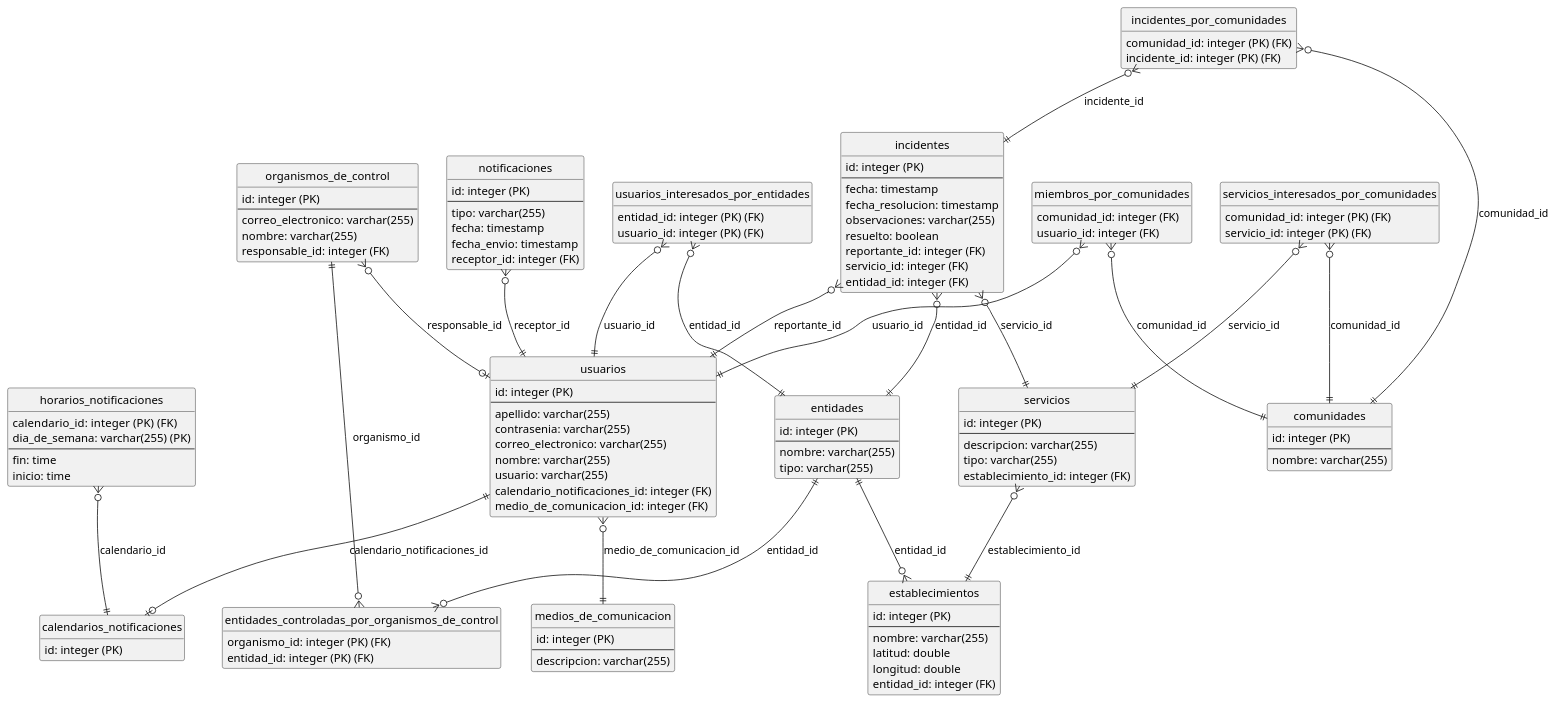
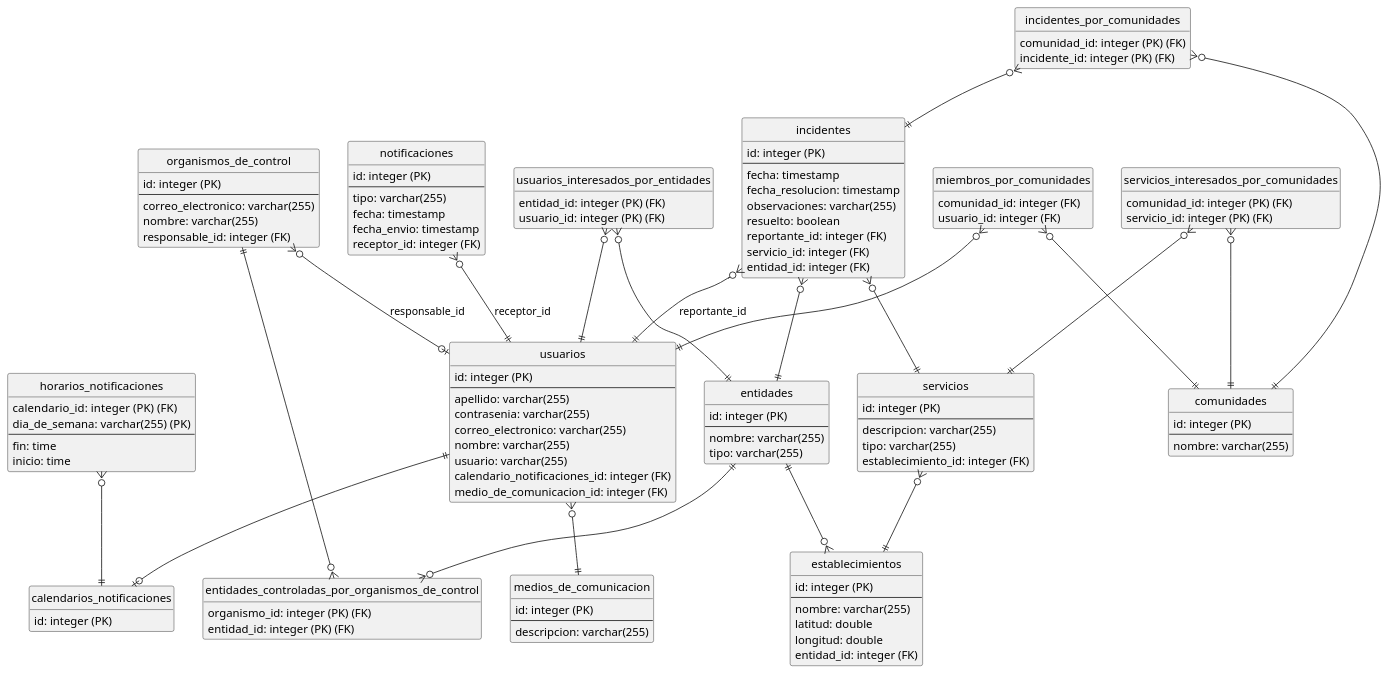
The diagram in docs/entrega-4/DER.puml (ValenAquino/tp-dds-2023), drawn with PlantUML before and after one commit. The commit also changed 1 other file, not shown here.

```diff
--- a/docs/entrega-4/DER.puml
+++ b/docs/entrega-4/DER.puml
@@ -1,141 +1,141 @@
 @startuml
 
 hide circle
 hide empty members
 
 ENTITY calendarios_notificaciones {
   id: integer (PK)
 }
 
 ENTITY comunidades {
   id: integer (PK)
   --
   nombre: varchar(255)
 }
 
 ENTITY entidades {
   id: integer (PK)
   --
   nombre: varchar(255)
   tipo: varchar(255)
 }
 
 ENTITY entidades_controladas_por_organismos_de_control {
   organismo_id: integer (PK) (FK)
   entidad_id: integer (PK) (FK)
 }
 
 ENTITY establecimientos {
   id: integer (PK)
   --
   nombre: varchar(255)
   latitud: double
   longitud: double
   entidad_id: integer (FK)
 }
 
 ENTITY horarios_notificaciones {
   calendario_id: integer  (PK) (FK)
   dia_de_semana: varchar(255) (PK)
   --
   fin: time
   inicio: time
 }
 
 ENTITY incidentes {
   id: integer (PK)
   --
   fecha: timestamp
   fecha_resolucion: timestamp
   observaciones: varchar(255)
   resuelto: boolean
   reportante_id: integer (FK)
   servicio_id: integer (FK)
   entidad_id: integer (FK)
 }
 
 ENTITY incidentes_por_comunidades {
   comunidad_id: integer (PK) (FK)
   incidente_id: integer (PK) (FK)
 }
 
 ENTITY medios_de_comunicacion {
   id: integer (PK)
   --
   descripcion: varchar(255)
 }
 
 ENTITY miembros_por_comunidades {
   comunidad_id: integer (FK)
   usuario_id: integer (FK)
 }
 
 ENTITY notificaciones {
   id: integer (PK)
   --
   tipo: varchar(255)
   fecha: timestamp
   fecha_envio: timestamp
   receptor_id: integer (FK)
 }
 
 ENTITY organismos_de_control {
   id: integer (PK)
   --
   correo_electronico: varchar(255)
   nombre: varchar(255)
   responsable_id: integer (FK)
 }
 
 ENTITY servicios {
   id: integer (PK)
   --
   descripcion: varchar(255)
   tipo: varchar(255)
   establecimiento_id: integer (FK)
 }
 
 ENTITY servicios_interesados_por_comunidades {
   comunidad_id: integer (PK) (FK)
   servicio_id: integer (PK) (FK)
 }
 
 ENTITY usuarios {
   id: integer (PK)
   --
   apellido: varchar(255)
   contrasenia: varchar(255)
   correo_electronico: varchar(255)
   nombre: varchar(255)
   usuario: varchar(255)
   calendario_notificaciones_id: integer (FK)
   medio_de_comunicacion_id: integer (FK)
 }
 
 ENTITY usuarios_interesados_por_entidades {
   entidad_id: integer (PK) (FK)
   usuario_id: integer (PK) (FK)
 }
 
-organismos_de_control ||--o{ entidades_controladas_por_organismos_de_control : organismo_id
-entidades ||--o{ entidades_controladas_por_organismos_de_control : entidad_id
-entidades ||--o{ establecimientos : entidad_id
-horarios_notificaciones }o--|| calendarios_notificaciones : calendario_id
+organismos_de_control ||--o{ entidades_controladas_por_organismos_de_control
+entidades ||--o{ entidades_controladas_por_organismos_de_control
+entidades ||--o{ establecimientos
+horarios_notificaciones }o--|| calendarios_notificaciones
 incidentes }o--|| usuarios : reportante_id
-incidentes }o--|| servicios : servicio_id
-incidentes }o--|| entidades : entidad_id
-incidentes_por_comunidades }o--|| comunidades : comunidad_id
-incidentes_por_comunidades }o--|| incidentes : incidente_id
-miembros_por_comunidades }o--|| usuarios : usuario_id
-miembros_por_comunidades }o--|| comunidades : comunidad_id
+incidentes }o--|| servicios
+incidentes }o--|| entidades
+incidentes_por_comunidades }o--|| comunidades
+incidentes_por_comunidades }o--|| incidentes
+miembros_por_comunidades }o--|| usuarios
+miembros_por_comunidades }o--|| comunidades
 notificaciones }o--|| usuarios : receptor_id
 organismos_de_control }o--o| usuarios : responsable_id
-servicios }o--|| establecimientos : establecimiento_id
-servicios_interesados_por_comunidades }o--|| comunidades : comunidad_id
-servicios_interesados_por_comunidades }o--|| servicios : servicio_id
-usuarios ||--o| calendarios_notificaciones : calendario_notificaciones_id
-usuarios }o--|| medios_de_comunicacion : medio_de_comunicacion_id
-usuarios_interesados_por_entidades }o--|| entidades : entidad_id
-usuarios_interesados_por_entidades }o--|| usuarios : usuario_id
+servicios }o--|| establecimientos
+servicios_interesados_por_comunidades }o--|| comunidades
+servicios_interesados_por_comunidades }o--|| servicios
+usuarios ||--o| calendarios_notificaciones
+usuarios }o--|| medios_de_comunicacion
+usuarios_interesados_por_entidades }o--|| entidades
+usuarios_interesados_por_entidades }o--|| usuarios
 
 @enduml
```
